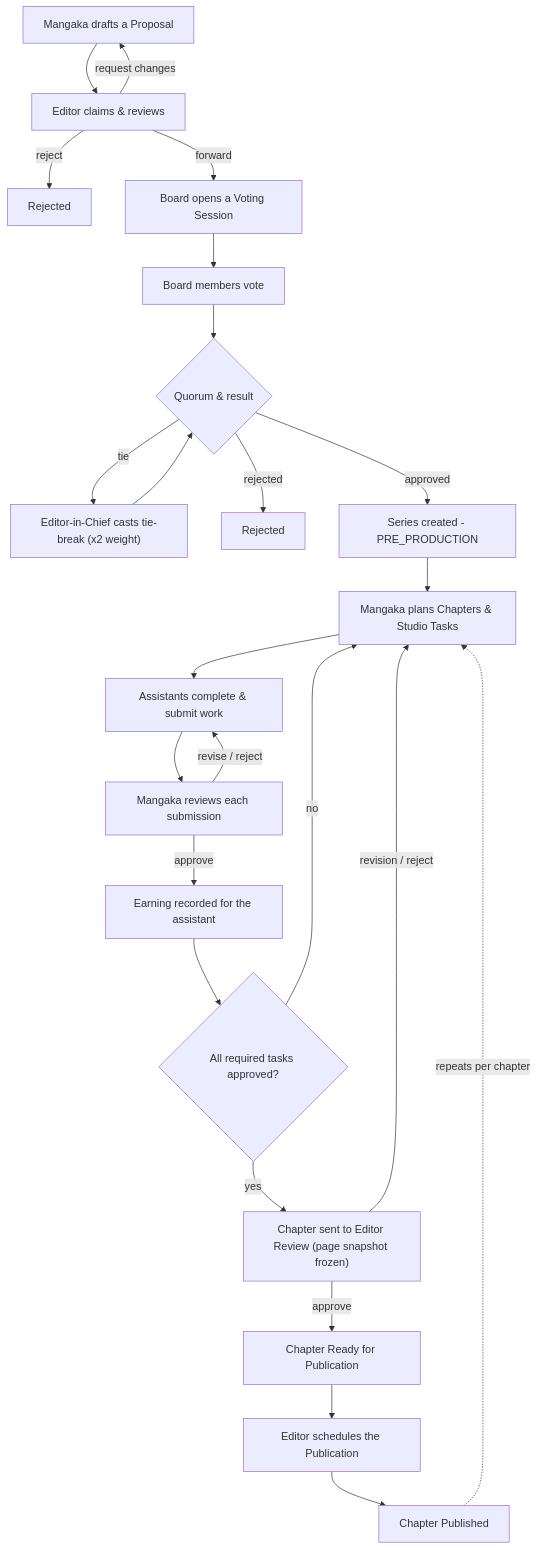
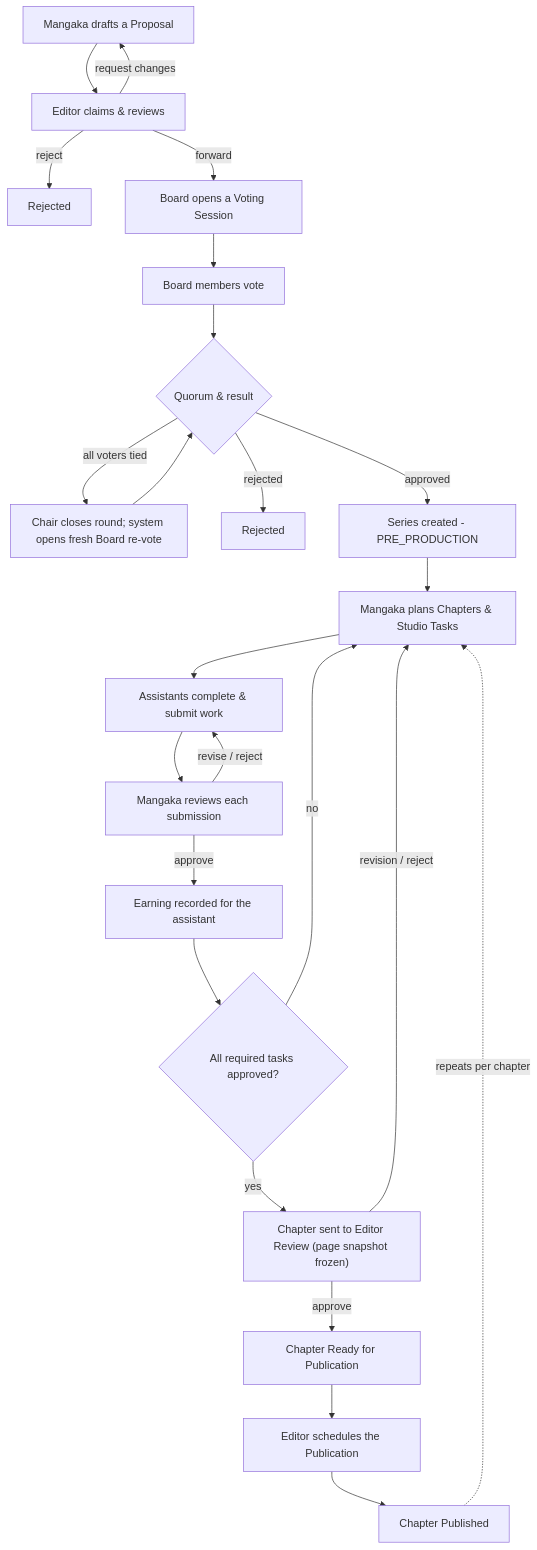
One commit to ntu254/MangaFlow changed the second of 8 diagrams in BUSINESS_FLOW.md. Above: the diagram before and after it, drawn with Mermaid. The commit also changed other lines of this file and 42 other files, not shown here.

Commit message:
docs: align canonical business flows and ai-service specs

````diff
--- a/BUSINESS_FLOW.md
+++ b/BUSINESS_FLOW.md
@@ -131,26 +131,26 @@
 ```mermaid
 flowchart TD
   A["Mangaka drafts a Proposal"] --> B["Editor claims &amp; reviews"]
   B -->|"request changes"| A
   B -->|"reject"| RJ1["Rejected"]
   B -->|"forward"| C["Board opens a Voting Session"]
   C --> D["Board members vote"]
   D --> E{"Quorum &amp; result"}
-  E -->|"tie"| T["Editor-in-Chief casts tie-break (x2 weight)"]
+  E -->|"all voters tied"| T["Chair closes round; system opens fresh Board re-vote"]
   T --> E
   E -->|"rejected"| RJ2["Rejected"]
   E -->|"approved"| F["Series created - PRE_PRODUCTION"]
   F --> G["Mangaka plans Chapters &amp; Studio Tasks"]
   G --> H["Assistants complete &amp; submit work"]
   H --> I["Mangaka reviews each submission"]
   I -->|"revise / reject"| H
   I -->|"approve"| K["Earning recorded for the assistant"]
   K --> L{"All required tasks approved?"}
   L -->|"no"| G
   L -->|"yes"| M["Chapter sent to Editor Review (page snapshot frozen)"]
   M -->|"revision / reject"| G
   M -->|"approve"| N["Chapter Ready for Publication"]
   N --> O["Editor schedules the Publication"]
   O --> P["Chapter Published"]
   P -.->|"repeats per chapter"| G
 ```
````
